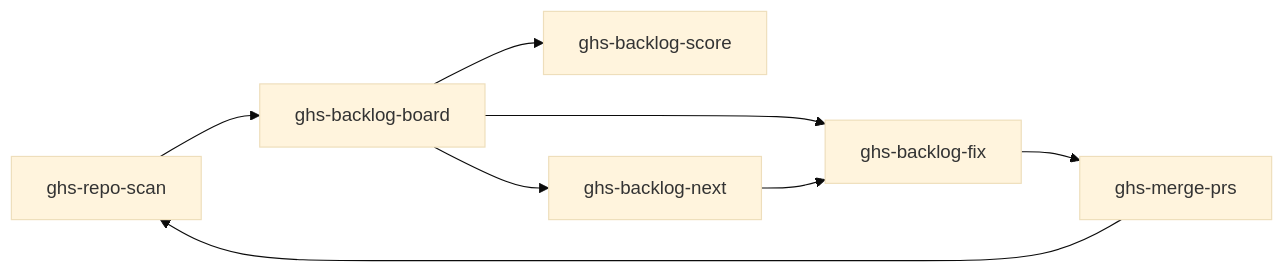
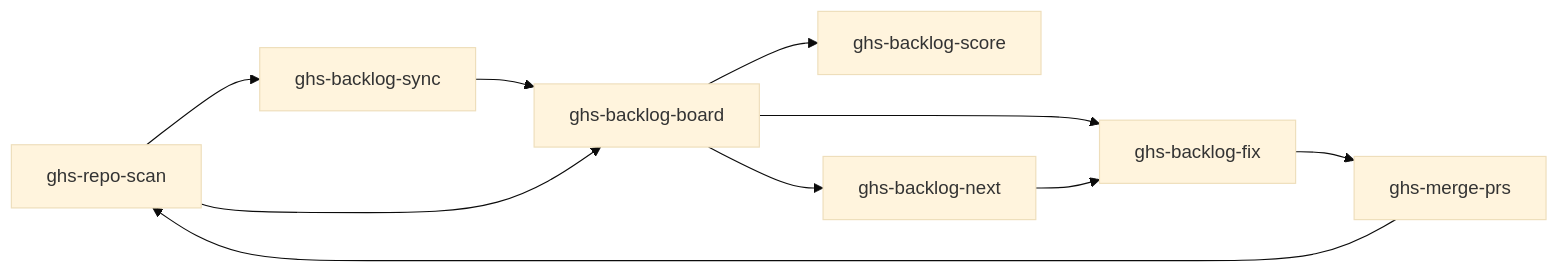
Before and after one commit to Atypical-Consulting/GitHubSkills: the first of 2 diagrams in docs/skills/index.md, drawn with Mermaid (base theme). The commit also changed other lines of this file and 7 other files, not shown here.

First line of the commit message:
Update documentation for ghs-backlog-sync skill

````diff
--- a/docs/skills/index.md
+++ b/docs/skills/index.md
@@ -7,10 +7,12 @@
 ```mermaid
 flowchart LR
-    scan[ghs-repo-scan] --> board[ghs-backlog-board]
+    scan[ghs-repo-scan] --> sync[ghs-backlog-sync]
+    sync --> board[ghs-backlog-board]
     board --> fix[ghs-backlog-fix]
     fix --> merge[ghs-merge-prs]
     merge --> scan
     board --> score[ghs-backlog-score]
     board --> next[ghs-backlog-next]
     next --> fix
+    scan --> board
 ```
````
